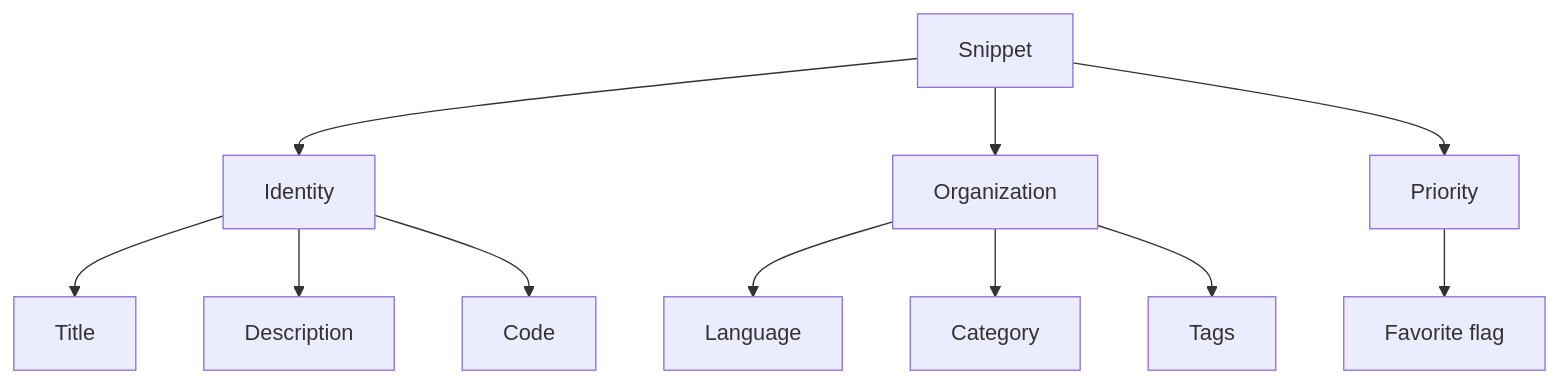
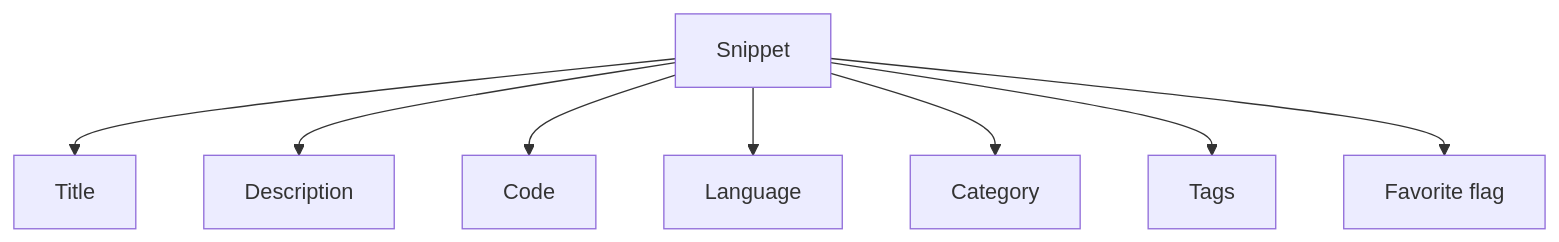
Before and after one commit to Mohita111/API2: the first of 7 diagrams in dromeas/docs/api2-documentation/plan_2026-10-29_a4fa76/user-facing-docs/product-overview-and-key-concepts.md, drawn with Mermaid. The commit also changed other lines of this file and 11 other files, not shown here.

````diff
--- a/dromeas/docs/api2-documentation/plan_2026-10-29_a4fa76/user-facing-docs/product-overview-and-key-concepts.md
+++ b/dromeas/docs/api2-documentation/plan_2026-10-29_a4fa76/user-facing-docs/product-overview-and-key-concepts.md
@@ -20,13 +20,10 @@
 ```mermaid
 graph TD
-    A[Snippet] --> B[Identity]
-    A --> C[Organization]
-    A --> D[Priority]
-    B --> E[Title]
-    B --> F[Description]
-    B --> G[Code]
-    C --> H[Language]
-    C --> I[Category]
-    C --> J[Tags]
-    D --> K[Favorite flag]
+    A[Snippet] --> B[Title]
+    A --> C[Description]
+    A --> D[Code]
+    A --> E[Language]
+    A --> F[Category]
+    A --> G[Tags]
+    A --> H[Favorite flag]
 ```
````
